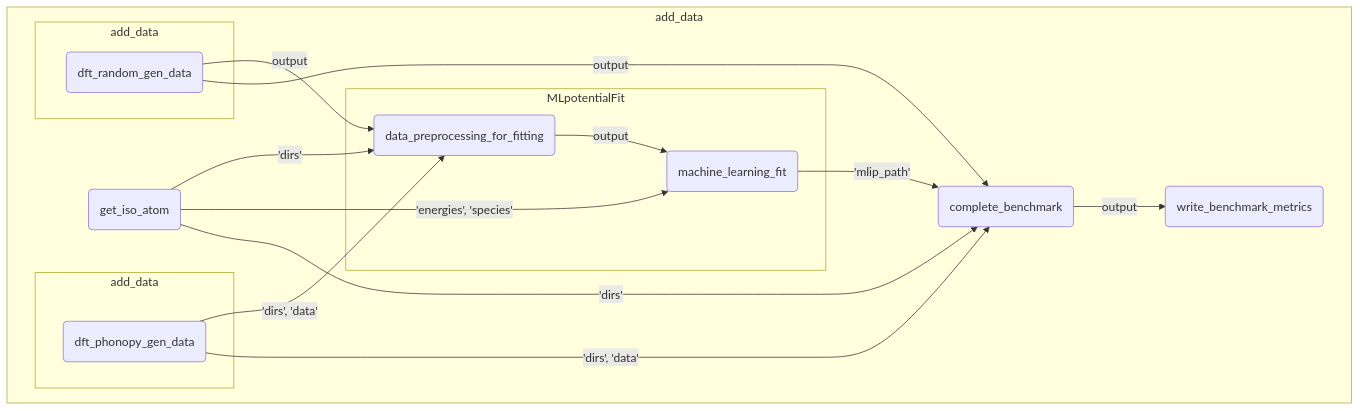
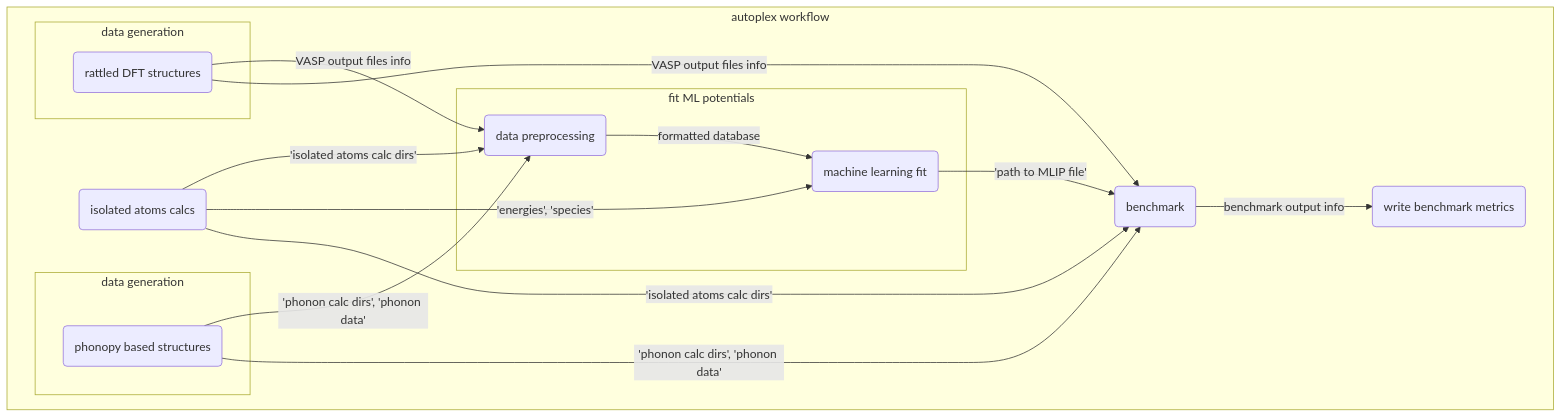
One commit to yaoyi92/autoplex changed the diagram in README.md. Above: the diagram before and after it, drawn with Mermaid. The commit also changed other lines of this file and 5 other files, not shown here.

````diff
--- a/README.md
+++ b/README.md
@@ -70,28 +74,28 @@
 ```mermaid
 flowchart TD
-    f831581e-1d20-4fa8-aa7d-773ae45a78aa(external) -->|output| 25f1b412-6e80-4ea0-a669-126b1d2eefdc(data_preprocessing_for_fitting)
-    f831581e-1d20-4fa8-aa7d-773ae45a78aa(external) -->|output| 75cee155-2708-4dcf-b8b3-d184d450ed4f(complete_benchmark)
-    e99258a7-6717-4cc9-b629-709bee881cfa(external) -->|'dirs', 'data'| 25f1b412-6e80-4ea0-a669-126b1d2eefdc(data_preprocessing_for_fitting)
-    e99258a7-6717-4cc9-b629-709bee881cfa(external) -->|'dirs', 'data'| 75cee155-2708-4dcf-b8b3-d184d450ed4f(complete_benchmark)
-    38349844-bee1-4869-839f-74ccd753524e(external) -->|'dirs'| 25f1b412-6e80-4ea0-a669-126b1d2eefdc(data_preprocessing_for_fitting)
-    38349844-bee1-4869-839f-74ccd753524e(external) -->|'energies', 'species'| 0a11a48c-3d9b-454a-9959-f7732967b49f(machine_learning_fit)
-    38349844-bee1-4869-839f-74ccd753524e(external) -->|'dirs'| 75cee155-2708-4dcf-b8b3-d184d450ed4f(complete_benchmark)
-    25f1b412-6e80-4ea0-a669-126b1d2eefdc(data_preprocessing_for_fitting) -->|output| 0a11a48c-3d9b-454a-9959-f7732967b49f(machine_learning_fit)
-    0a11a48c-3d9b-454a-9959-f7732967b49f(machine_learning_fit) -->|'mlip_path'| 75cee155-2708-4dcf-b8b3-d184d450ed4f(complete_benchmark)
-    75cee155-2708-4dcf-b8b3-d184d450ed4f(complete_benchmark) -->|output| d5b02fd6-806d-43f4-9f3f-d9de5f0f28e3(write_benchmark_metrics)
-    subgraph 2bc86ca5-f4bd-47dc-aa9d-45f72d0ab527 [add_data]
-        subgraph 821b6198-a8c5-45c5-939f-8ff0edd9f5b0 [add_data]
-            f831581e-1d20-4fa8-aa7d-773ae45a78aa(dft_random_gen_data)
+    f831581e-1d20-4fa8-aa7d-773ae45a78aa(external) -->|VASP output files info| 25f1b412-6e80-4ea0-a669-126b1d2eefdc(data preprocessing)
+    f831581e-1d20-4fa8-aa7d-773ae45a78aa(external) -->|VASP output files info| 75cee155-2708-4dcf-b8b3-d184d450ed4f(benchmark)
+    e99258a7-6717-4cc9-b629-709bee881cfa(external) -->|'phonon calc dirs', 'phonon data'| 25f1b412-6e80-4ea0-a669-126b1d2eefdc(data preprocessing)
+    e99258a7-6717-4cc9-b629-709bee881cfa(external) -->|'phonon calc dirs', 'phonon data'| 75cee155-2708-4dcf-b8b3-d184d450ed4f(benchmark)
+    38349844-bee1-4869-839f-74ccd753524e(external) -->|'isolated atoms calc dirs'| 25f1b412-6e80-4ea0-a669-126b1d2eefdc(data preprocessing)
+    38349844-bee1-4869-839f-74ccd753524e(external) -->|'energies', 'species'| 0a11a48c-3d9b-454a-9959-f7732967b49f(machine learning fit)
+    38349844-bee1-4869-839f-74ccd753524e(external) -->|'isolated atoms calc dirs'| 75cee155-2708-4dcf-b8b3-d184d450ed4f(benchmark)
+    25f1b412-6e80-4ea0-a669-126b1d2eefdc(data preprocessing) -->|formatted database| 0a11a48c-3d9b-454a-9959-f7732967b49f(machine learning fit)
+    0a11a48c-3d9b-454a-9959-f7732967b49f(machine learning fit) -->|'path to MLIP file'| 75cee155-2708-4dcf-b8b3-d184d450ed4f(benchmark)
+    75cee155-2708-4dcf-b8b3-d184d450ed4f(benchmark) -->|benchmark output info| d5b02fd6-806d-43f4-9f3f-d9de5f0f28e3(write benchmark metrics)
+    subgraph 2bc86ca5-f4bd-47dc-aa9d-45f72d0ab527 [autoplex workflow]
+        subgraph 821b6198-a8c5-45c5-939f-8ff0edd9f5b0 [data generation]
+            f831581e-1d20-4fa8-aa7d-773ae45a78aa(rattled DFT structures)
         end
-        subgraph 75368ebe-fe58-48a9-aeba-6e81ca9169d6 [add_data]
-            e99258a7-6717-4cc9-b629-709bee881cfa(dft_phonopy_gen_data)
+        subgraph 75368ebe-fe58-48a9-aeba-6e81ca9169d6 [data generation]
+            e99258a7-6717-4cc9-b629-709bee881cfa(phonopy based structures)
         end
-        38349844-bee1-4869-839f-74ccd753524e(get_iso_atom)
-        subgraph cdcce0a3-83fe-4590-993c-0b6e3ff5adcb [MLpotentialFit]
-            25f1b412-6e80-4ea0-a669-126b1d2eefdc(data_preprocessing_for_fitting)
-            0a11a48c-3d9b-454a-9959-f7732967b49f(machine_learning_fit)
+        38349844-bee1-4869-839f-74ccd753524e(isolated atoms calcs)
+        subgraph cdcce0a3-83fe-4590-993c-0b6e3ff5adcb [fit ML potentials]
+            25f1b412-6e80-4ea0-a669-126b1d2eefdc(data preprocessing)
+            0a11a48c-3d9b-454a-9959-f7732967b49f(machine learning fit)
         end
-        75cee155-2708-4dcf-b8b3-d184d450ed4f(complete_benchmark)
-        d5b02fd6-806d-43f4-9f3f-d9de5f0f28e3(write_benchmark_metrics)
+        75cee155-2708-4dcf-b8b3-d184d450ed4f(benchmark)
+        d5b02fd6-806d-43f4-9f3f-d9de5f0f28e3(write benchmark metrics)
     end
 ```
````
